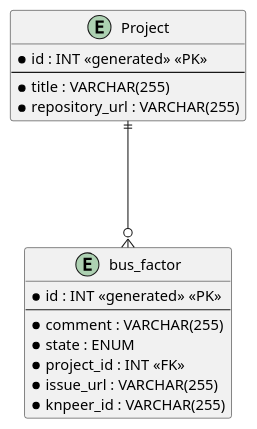
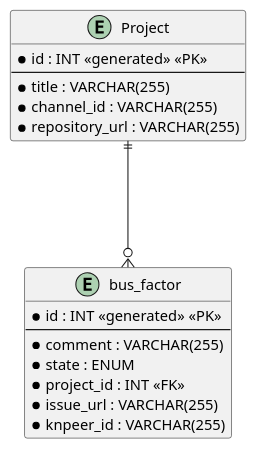
Before and after one commit to LeoGrouet/hot-tools-slides: the second of 4 diagrams in slides.md, drawn with PlantUML. The commit also changed other lines of this file and 1 other file, not shown here.

````diff
--- a/slides.md
+++ b/slides.md
@@ -277,25 +299,26 @@
 ```plantuml
 @startuml erd
 skinparam linetype ortho
 
 entity Project {
   * id : INT <<generated>> <<PK>>
   --
   * title : VARCHAR(255)
+  * channel_id : VARCHAR(255)
   * repository_url : VARCHAR(255)
 }
 
 entity bus_factor {
   * id : INT <<generated>> <<PK>>
   --
   * comment : VARCHAR(255)
   * state : ENUM
   * project_id : INT <<FK>>
   * issue_url : VARCHAR(255)
   * knpeer_id : VARCHAR(255)
 }
 
 Project ||---o{ bus_factor
 
 @enduml
 ```
````
